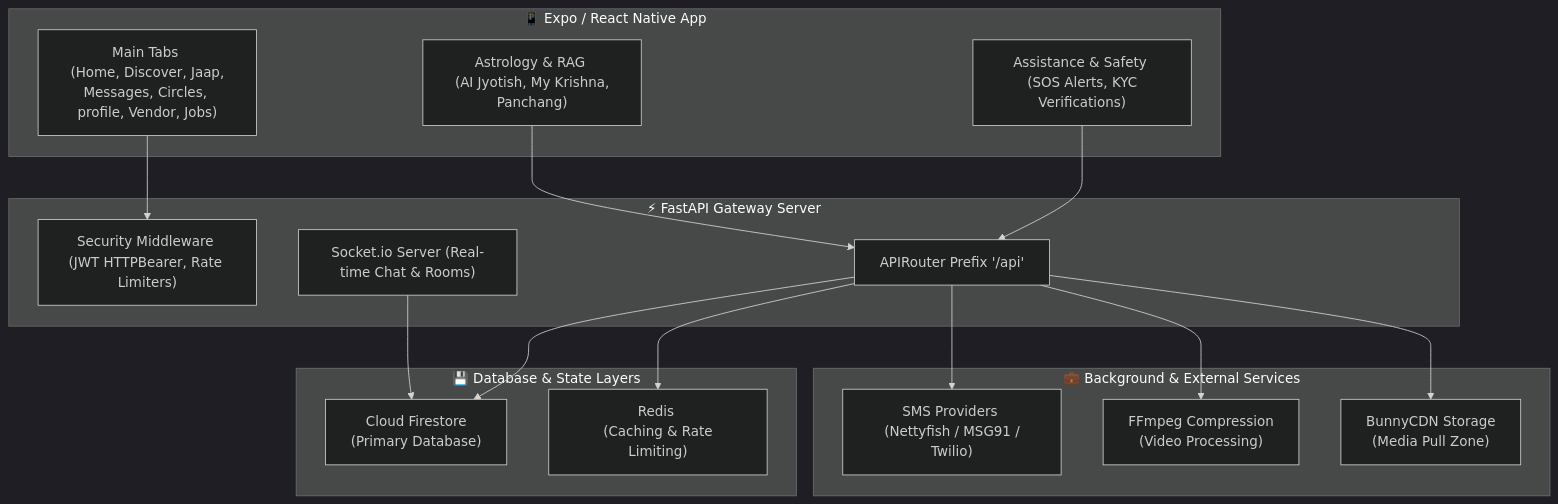
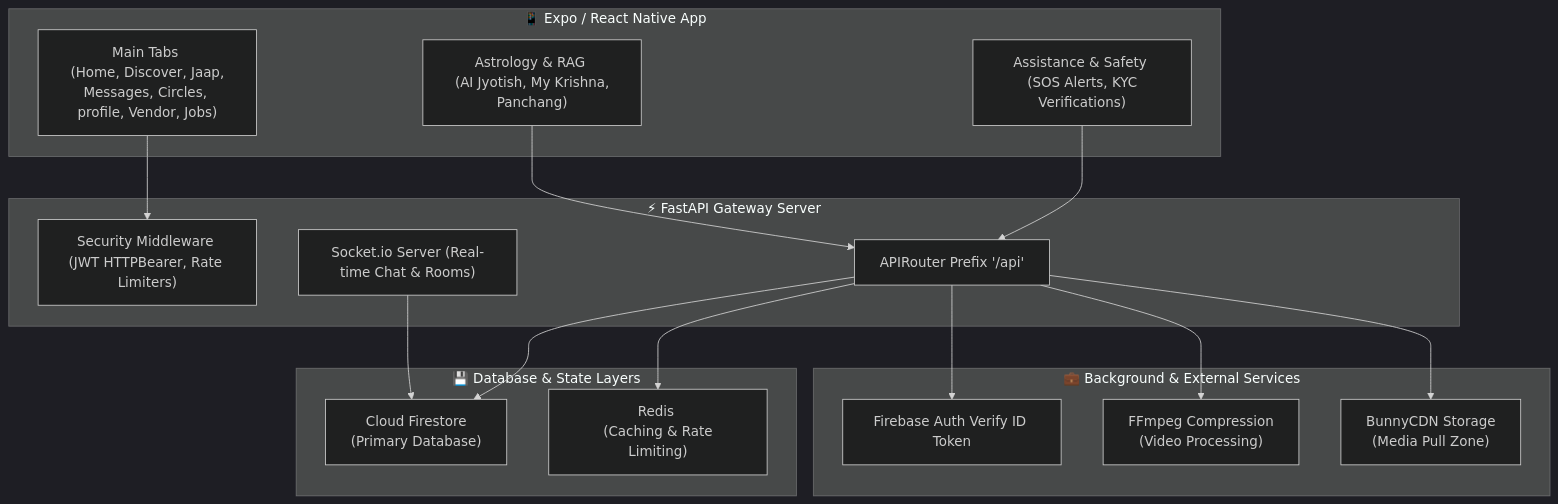
Before and after one commit to e1062240241-a11y/Brahmand-main: the first of 2 diagrams in APP_FEATURES_DOCUMENTATION.md, drawn with Mermaid (dark theme). The commit also changed other lines of this file and 2 other files, not shown here.

````diff
--- a/APP_FEATURES_DOCUMENTATION.md
+++ b/APP_FEATURES_DOCUMENTATION.md
@@ -11,37 +11,37 @@
 ```mermaid
 graph TD
     subgraph Client ["📱 Expo / React Native App"]
         Tabs["Main Tabs <br> (Home, Discover, Jaap, Messages, Circles, profile, Vendor, Jobs)"]
         AstrologySc["Astrology & RAG <br> (AI Jyotish, My Krishna, Panchang)"]
         EmergencySc["Assistance & Safety <br> (SOS Alerts, KYC Verifications)"]
     end
 
     subgraph Backend ["⚡ FastAPI Gateway Server"]
         Router["APIRouter Prefix '/api'"]
         SocketServer["Socket.io Server (Real-time Chat & Rooms)"]
         AuthMid["Security Middleware (JWT HTTPBearer, Rate Limiters)"]
     end
 
     subgraph Services ["💼 Background & External Services"]
-        TwilioNetty["SMS Providers <br> (Nettyfish / MSG91 / Twilio)"]
+        FirebaseAuth["Firebase Auth Verify ID Token"]
         FFmpegComp["FFmpeg Compression <br> (Video Processing)"]
         BunnyCDN["BunnyCDN Storage <br> (Media Pull Zone)"]
     end
 
     subgraph Storage ["💾 Database & State Layers"]
         FirestoreDB["Cloud Firestore <br> (Primary Database)"]
         RedisCache["Redis <br> (Caching & Rate Limiting)"]
     end
 
     Tabs --> AuthMid
     AstrologySc --> Router
     EmergencySc --> Router
     
     Router --> FirestoreDB
     Router --> RedisCache
     
     SocketServer --> FirestoreDB
-    Router --> TwilioNetty
+    Router --> FirebaseAuth
     Router --> FFmpegComp
     Router --> BunnyCDN
 ```
````
